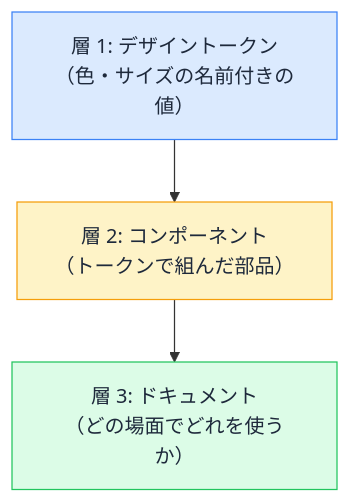
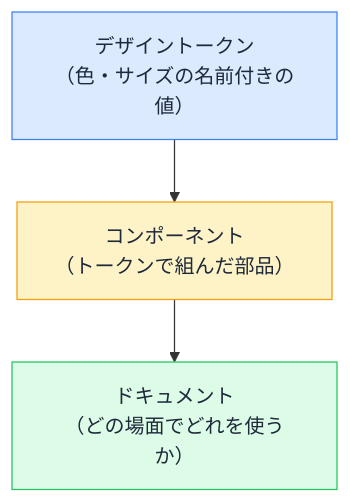
The diagram in docs/drafts/075/index.md (ozaki25/web-front-training-ozaki25), drawn with Mermaid before and after one commit. The commit also changed other lines of this file and 1 other file, not shown here.

````diff
--- a/docs/drafts/075/index.md
+++ b/docs/drafts/075/index.md
@@ -26,8 +26,8 @@
 ```mermaid
 flowchart TD
-  A["層 1: デザイントークン<br>（色・サイズの名前付きの値）"] --> B["層 2: コンポーネント<br>（トークンで組んだ部品）"]
-  B --> C["層 3: ドキュメント<br>（どの場面でどれを使うか）"]
+  A["デザイントークン<br>（色・サイズの名前付きの値）"] --> B["コンポーネント<br>（トークンで組んだ部品）"]
+  B --> C["ドキュメント<br>（どの場面でどれを使うか）"]
   style A fill:#dbeafe,color:#1e293b,stroke:#3b82f6
   style B fill:#fef3c7,color:#1e293b,stroke:#f59e0b
   style C fill:#dcfce7,color:#1e293b,stroke:#22c55e
 ```
````
